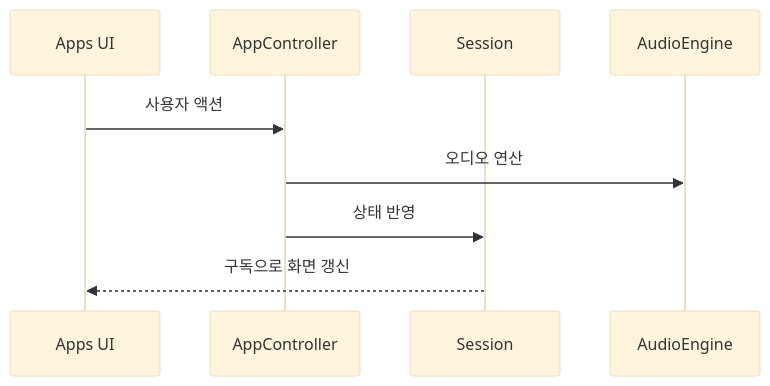
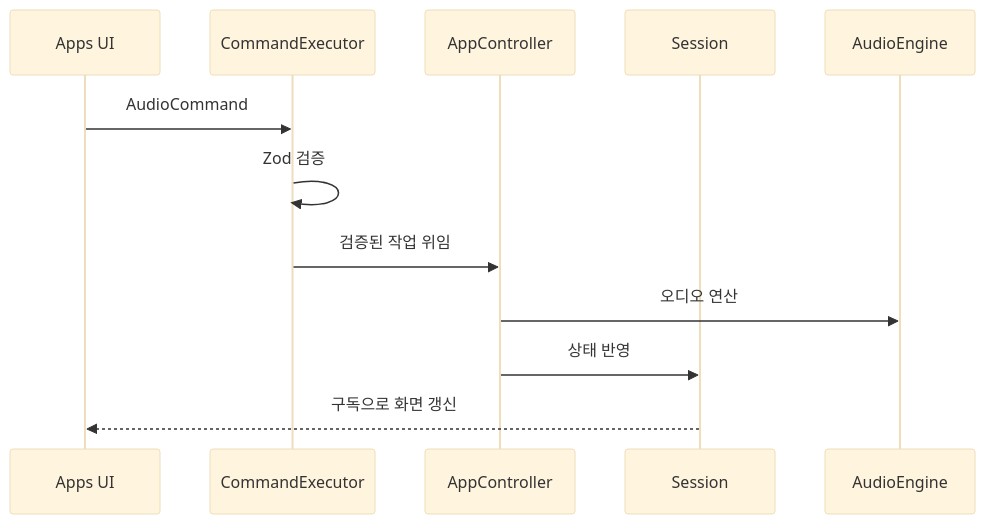
The fourth of 4 diagrams in docs/architecture.md (whizzkid1452/drop-ai), drawn with Mermaid (base theme) before and after one commit. The commit also changed other lines of this file and 2 other files, not shown here.

Commit message:
refactor(command): 기존 명령 디스패처 정리

````diff
--- a/docs/architecture.md
+++ b/docs/architecture.md
@@ -115,12 +136,15 @@
 ```mermaid
 sequenceDiagram
     participant U as Apps UI
+    participant X as CommandExecutor
     participant C as AppController
     participant S as Session
     participant E as AudioEngine
 
-    U->>C: 사용자 액션
+    U->>X: AudioCommand
+    X->>X: Zod 검증
+    X->>C: 검증된 작업 위임
     C->>E: 오디오 연산
     C->>S: 상태 반영
     S-->>U: 구독으로 화면 갱신
 ```
````
